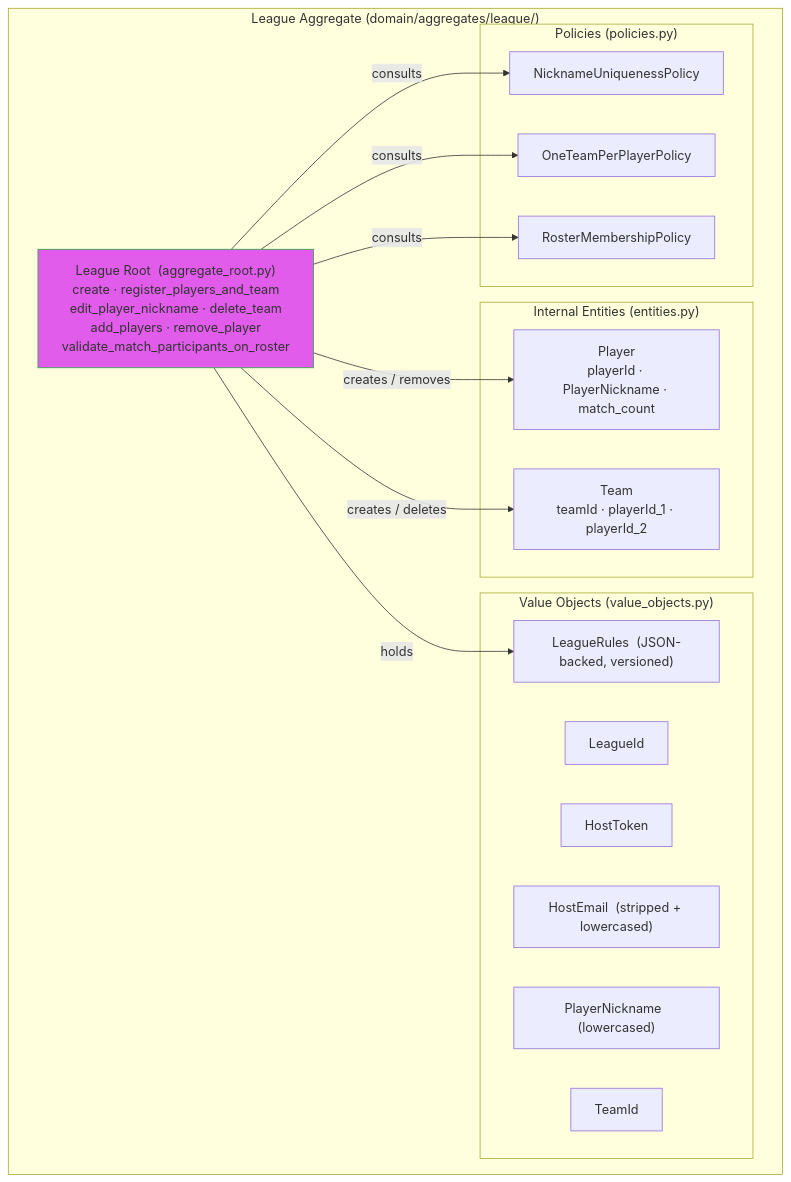
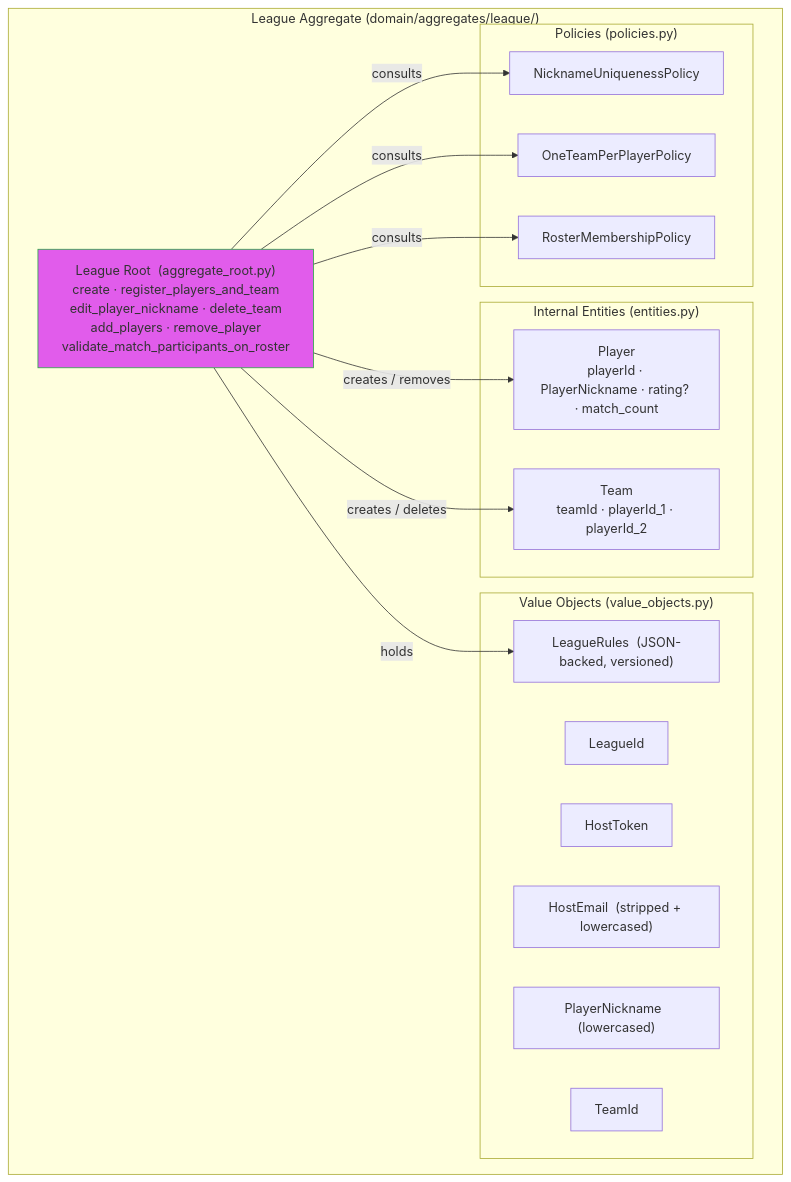
Before and after one commit to swjeong0825/TLMB_backend_main: the diagram in Design_Doc/TLMB_Design_doc/05_aggregate_designs/league.md, drawn with Mermaid. The commit also changed other lines of this file and 30 other files, not shown here.

Commit message:
player has optionla rating field

````diff
--- a/Design_Doc/TLMB_Design_doc/05_aggregate_designs/league.md
+++ b/Design_Doc/TLMB_Design_doc/05_aggregate_designs/league.md
@@ -5,35 +5,35 @@
 ```mermaid
 flowchart TD
     subgraph LEAGUE ["League Aggregate  (domain/aggregates/league/)"]
         ROOT["League Root  (aggregate_root.py)\ncreate · register_players_and_team\nedit_player_nickname · delete_team\nadd_players · remove_player\nvalidate_match_participants_on_roster"]
 
         subgraph ENT ["Internal Entities  (entities.py)"]
-            PE["Player\nplayerId · PlayerNickname · match_count"]
+            PE["Player\nplayerId · PlayerNickname · rating? · match_count"]
             TE["Team\nteamId · playerId_1 · playerId_2"]
         end
 
         subgraph VOS ["Value Objects  (value_objects.py)"]
             LI["LeagueId"]
             HT["HostToken"]
             HE["HostEmail  (stripped + lowercased)"]
             PN["PlayerNickname  (lowercased)"]
             TI["TeamId"]
             LR["LeagueRules  (JSON-backed, versioned)"]
         end
 
         subgraph POL ["Policies  (policies.py)"]
             NUP["NicknameUniquenessPolicy"]
             OTP["OneTeamPerPlayerPolicy"]
             RMP["RosterMembershipPolicy"]
         end
     end
 
     ROOT -->|"creates / removes"| PE
     ROOT -->|"creates / deletes"| TE
     ROOT -->|"holds"| LR
     ROOT -->|"consults"| NUP
     ROOT -->|"consults"| OTP
     ROOT -->|"consults"| RMP
 
     style ROOT fill:#d4ed,stroke:#28a745
 ```
````
